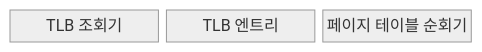
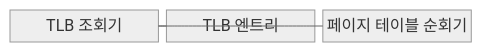
Before and after one commit to agnusdei1207/knowledge-base: the first of 2 diagrams in src/content/docs/notes/02-hardware/016_tlb.md, drawn with Mermaid (neutral theme). The commit also changed other lines of this file and 20 other files, not shown here.

````diff
--- a/src/content/docs/notes/02-hardware/016_tlb.md
+++ b/src/content/docs/notes/02-hardware/016_tlb.md
@@ -75,7 +75,6 @@
 ```mermaid
 block
     columns 3
-    L["TLB 조회기"]
-    E["TLB 엔트리"]
-    W["페이지 테이블 순회기"]
+    L["TLB 조회기"] --- E["TLB 엔트리"]
+    L --- W["페이지 테이블 순회기"]
 ```
````
